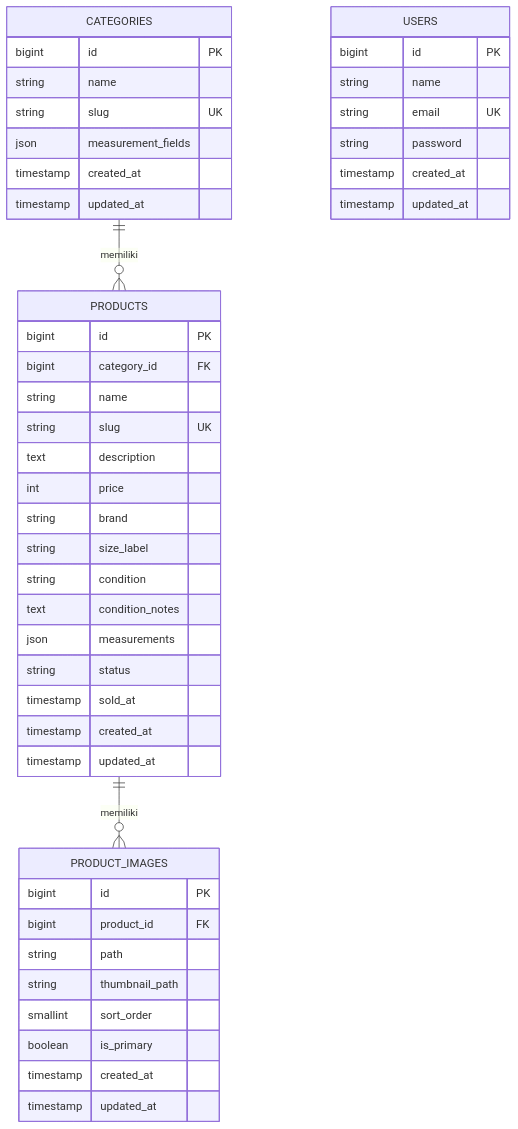
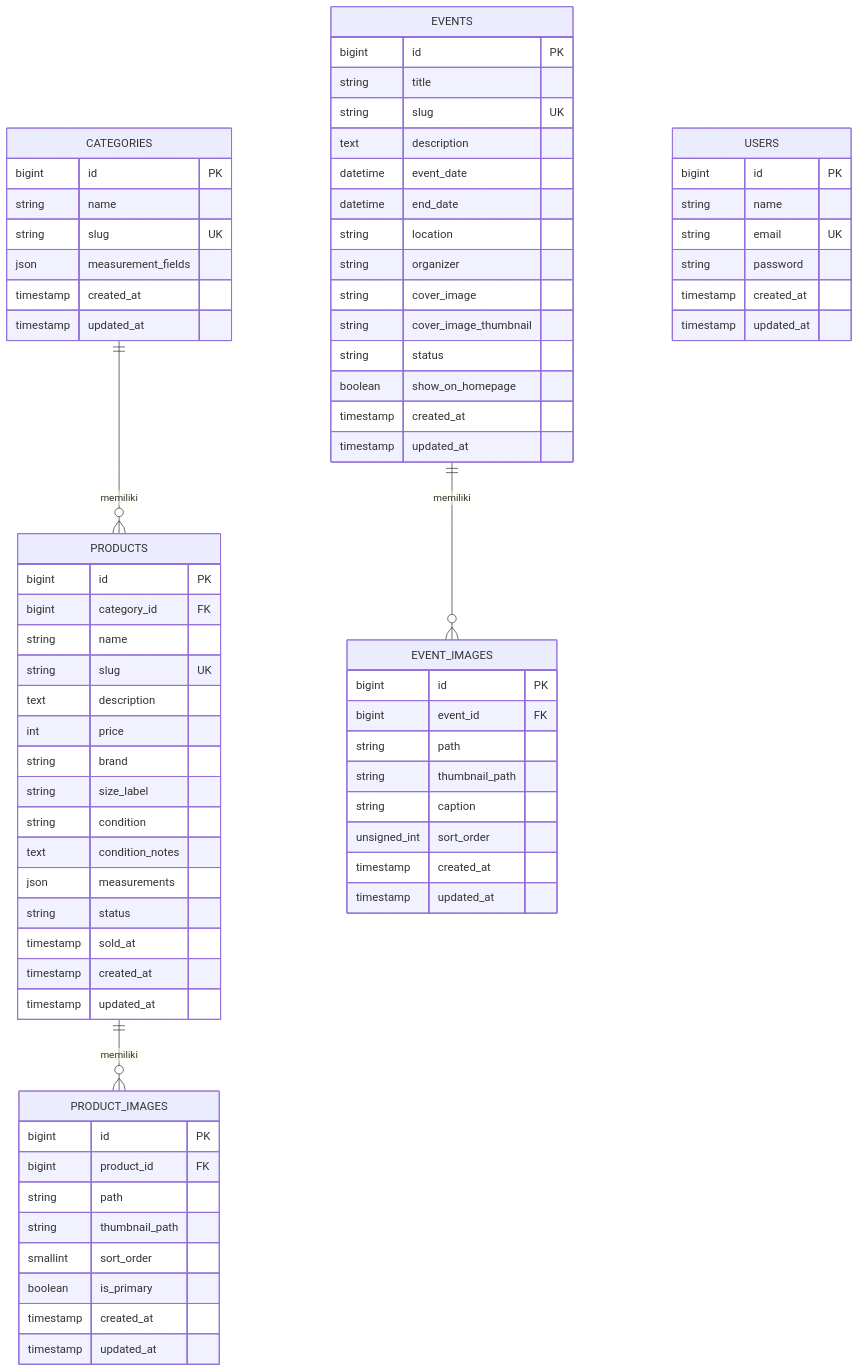
One commit to hilptra/pakelagi-api changed the first of 2 diagrams in docs/erd.md. Above: the diagram before and after it, drawn with Mermaid. The commit also changed 37 other files, not shown here.

````diff
--- a/docs/erd.md
+++ b/docs/erd.md
@@ -14,52 +14,81 @@
 ```mermaid
 erDiagram
     CATEGORIES ||--o{ PRODUCTS : "memiliki"
     PRODUCTS ||--o{ PRODUCT_IMAGES : "memiliki"
+    EVENTS ||--o{ EVENT_IMAGES : "memiliki"
 
     CATEGORIES {
         bigint id PK
         string name
         string slug UK
         json measurement_fields
         timestamp created_at
         timestamp updated_at
     }
 
     PRODUCTS {
         bigint id PK
         bigint category_id FK
         string name
         string slug UK
         text description
         int price
         string brand
         string size_label
         string condition
         text condition_notes
         json measurements
         string status
         timestamp sold_at
         timestamp created_at
         timestamp updated_at
     }
 
     PRODUCT_IMAGES {
         bigint id PK
         bigint product_id FK
         string path
         string thumbnail_path
         smallint sort_order
         boolean is_primary
         timestamp created_at
         timestamp updated_at
     }
 
+    EVENTS {
+        bigint id PK
+        string title
+        string slug UK
+        text description
+        datetime event_date
+        datetime end_date
+        string location
+        string organizer
+        string cover_image
+        string cover_image_thumbnail
+        string status
+        boolean show_on_homepage
+        timestamp created_at
+        timestamp updated_at
+    }
+
+    EVENT_IMAGES {
+        bigint id PK
+        bigint event_id FK
+        string path
+        string thumbnail_path
+        string caption
+        unsigned_int sort_order
+        timestamp created_at
+        timestamp updated_at
+    }
+
     USERS {
         bigint id PK
         string name
         string email UK
         string password
         timestamp created_at
         timestamp updated_at
     }
 ```
````
